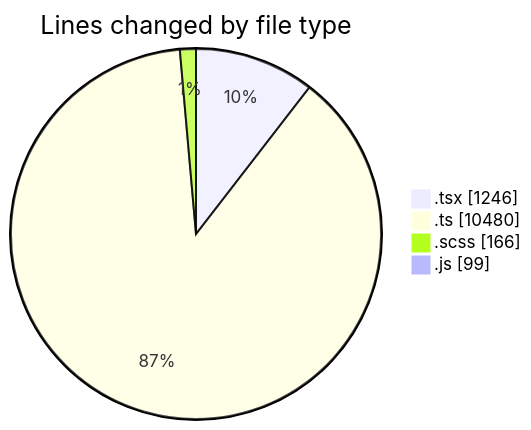
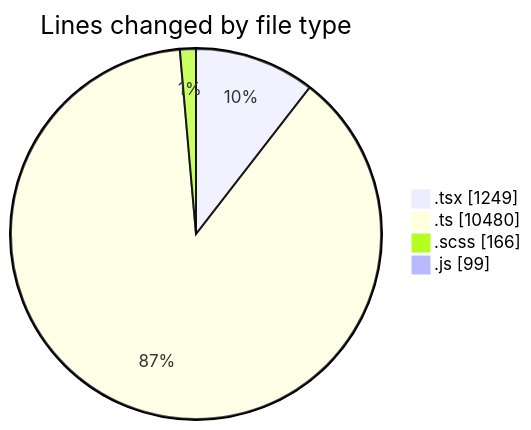
Before and after one commit to momahboobian/code-tracking: the first of 2 diagrams in 2025-03-26/cda/README.md, drawn with Mermaid. The commit also changed other lines of this file and 1 other file, not shown here.

````diff
--- a/2025-03-26/cda/README.md
+++ b/2025-03-26/cda/README.md
@@ -43,8 +43,8 @@
 ```mermaid
 pie showData
 title Lines changed by file type
-".tsx" : 1246
+".tsx" : 1249
 ".ts" : 10480
 ".scss" : 166
 ".js" : 99
 ```
````
